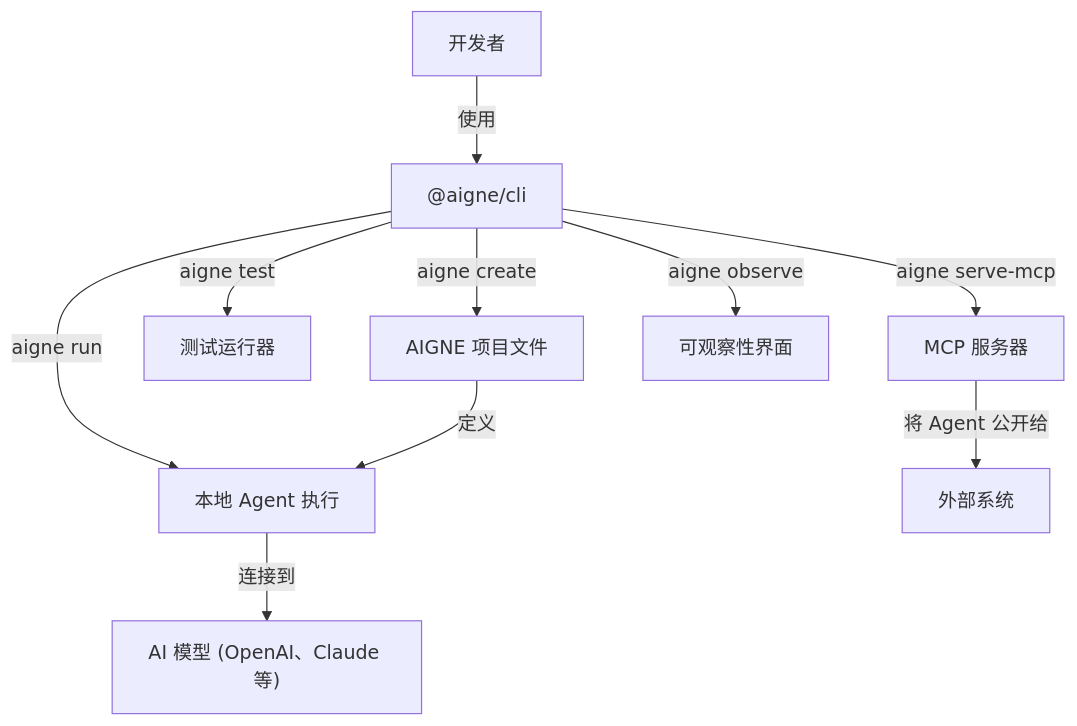
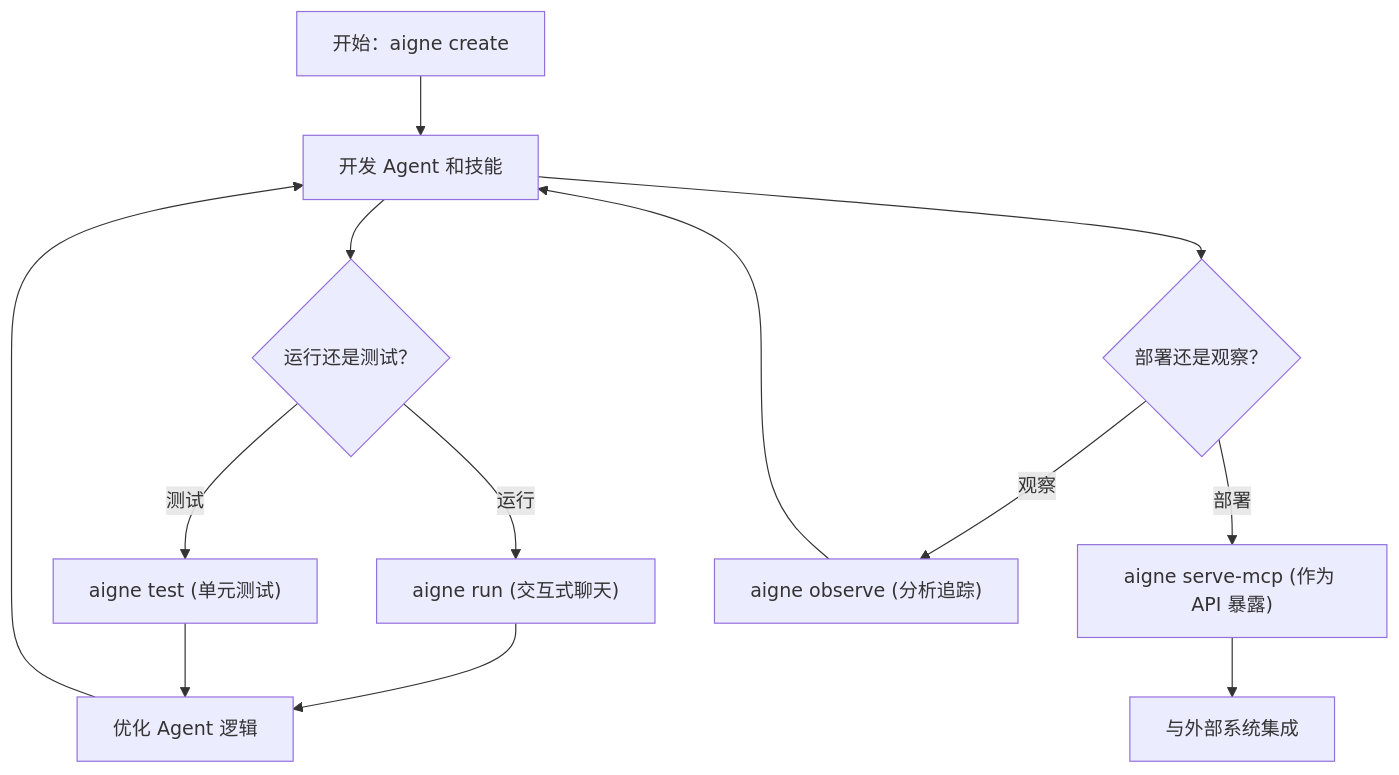
Before and after one commit to AIGNE-io/aigne-framework: the diagram in packages/cli/docs/overview.zh.md, drawn with Mermaid. The commit also changed other lines of this file and 27 other files, not shown here.

````diff
--- a/packages/cli/docs/overview.zh.md
+++ b/packages/cli/docs/overview.zh.md
@@ -32,12 +17,15 @@
 ```mermaid
-graph TD
-    A["开发者"] -- "使用" --> B["@aigne/cli"];
-    B -- "aigne create" --> C["AIGNE 项目文件"];
-    B -- "aigne run" --> D["本地 Agent 执行"];
-    B -- "aigne test" --> E["测试运行器"];
-    B -- "aigne serve-mcp" --> F["MCP 服务器"];
-    B -- "aigne observe" --> G["可观察性界面"];
-    C -- "定义" --> D;
-    D -- "连接到" --> H["AI 模型 (OpenAI、Claude 等)"];
-    F -- "将 Agent 公开给" --> I["外部系统"];
+flowchart TD
+    A["开始：aigne create"] --> B["开发 Agent 和技能"];
+    B --> C{"运行还是测试？"};
+    C -- "运行" --> D["aigne run (交互式聊天)"];
+    C -- "测试" --> E["aigne test (单元测试)"];
+    D --> F["优化 Agent 逻辑"];
+    E --> F;
+    F --> B;
+    B --> G{"部署还是观察？"};
+    G -- "部署" --> H["aigne serve-mcp (作为 API 暴露)"];
+    G -- "观察" --> I["aigne observe (分析追踪)"];
+    H --> J["与外部系统集成"];
+    I --> B;
 ```
````
